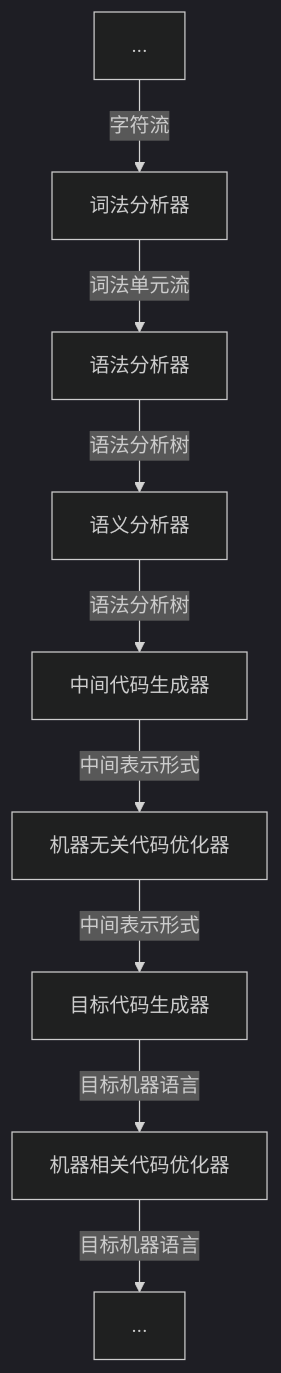
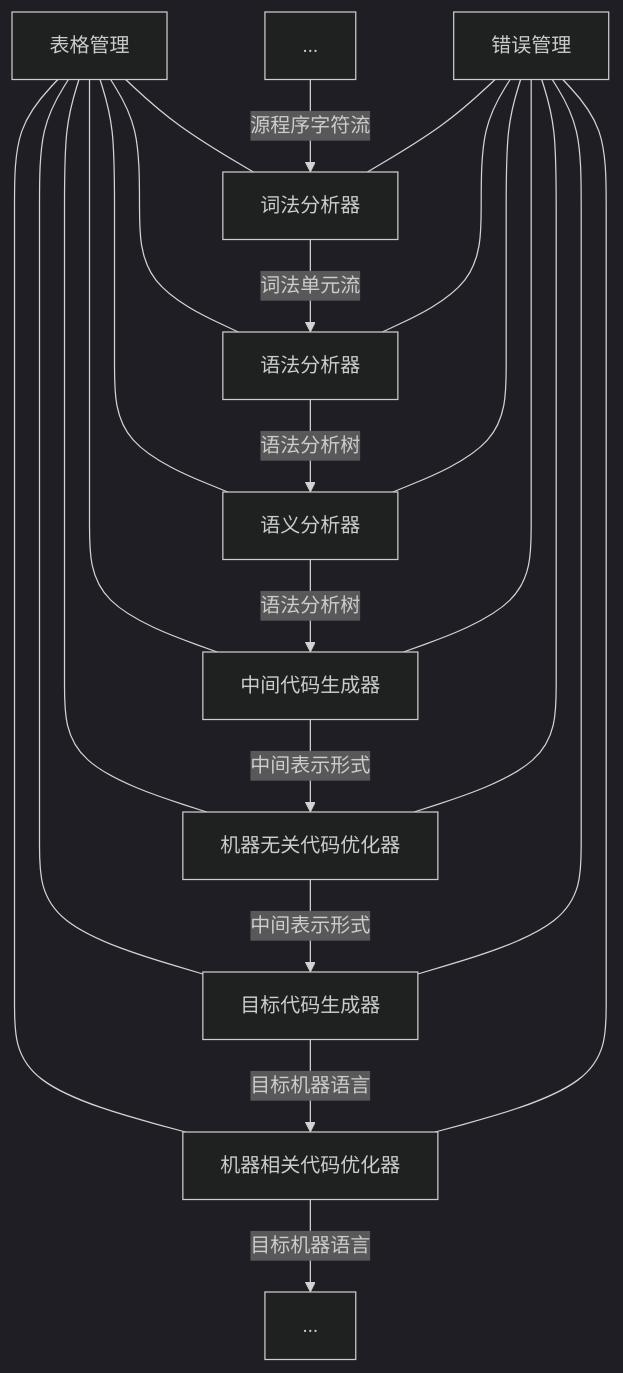
One commit to SunDocker/CompilationPrinciple changed the first of 3 diagrams in homework/homework1.md. Above: the diagram before and after it, drawn with Mermaid (dark theme). The commit also changed other lines of this file and 1 other file, not shown here.

````diff
--- a/homework/homework1.md
+++ b/homework/homework1.md
@@ -9,12 +11,28 @@
 ```mermaid
 graph TB
+表格管理---词法分析器
+表格管理---语法分析器
+表格管理---语义分析器
+表格管理---中间代码生成器
+表格管理---机器无关代码优化器
+表格管理---目标代码生成器
+表格管理---机器相关代码优化器
+
 start[...]
---字符流-->词法分析器
+--源程序字符流-->词法分析器
 --词法单元流-->语法分析器
 --语法分析树-->语义分析器
 --语法分析树-->中间代码生成器
 --中间表示形式-->机器无关代码优化器
 --中间表示形式-->目标代码生成器
 --目标机器语言-->机器相关代码优化器
 --目标机器语言-->over[...]
+
+错误管理---词法分析器
+错误管理---语法分析器
+错误管理---语义分析器
+错误管理---中间代码生成器
+错误管理---机器无关代码优化器
+错误管理---目标代码生成器
+错误管理---机器相关代码优化器
 ```
````
